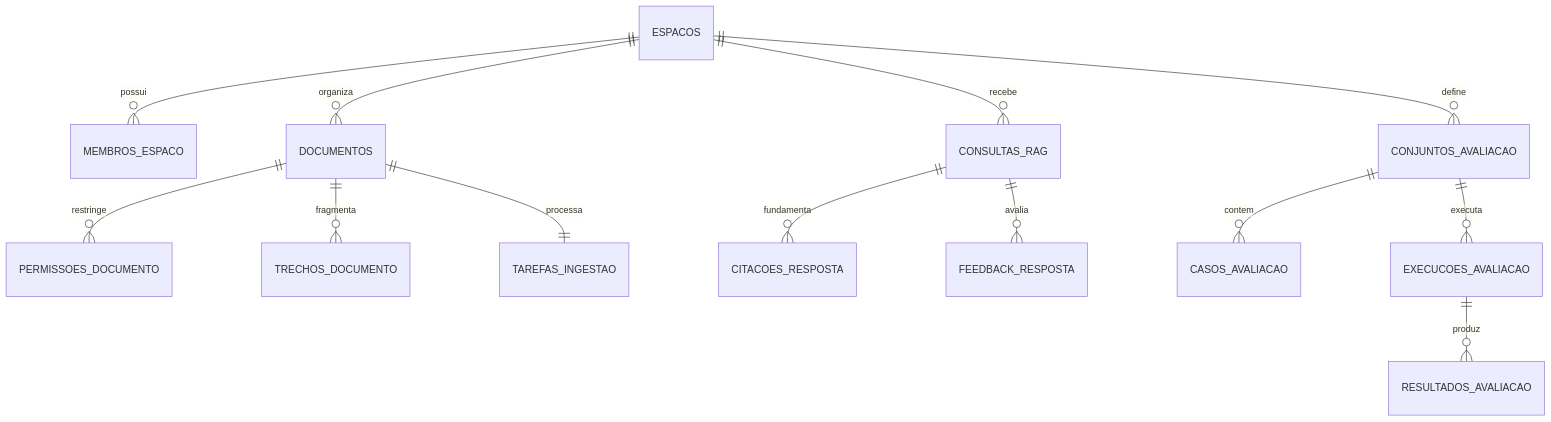
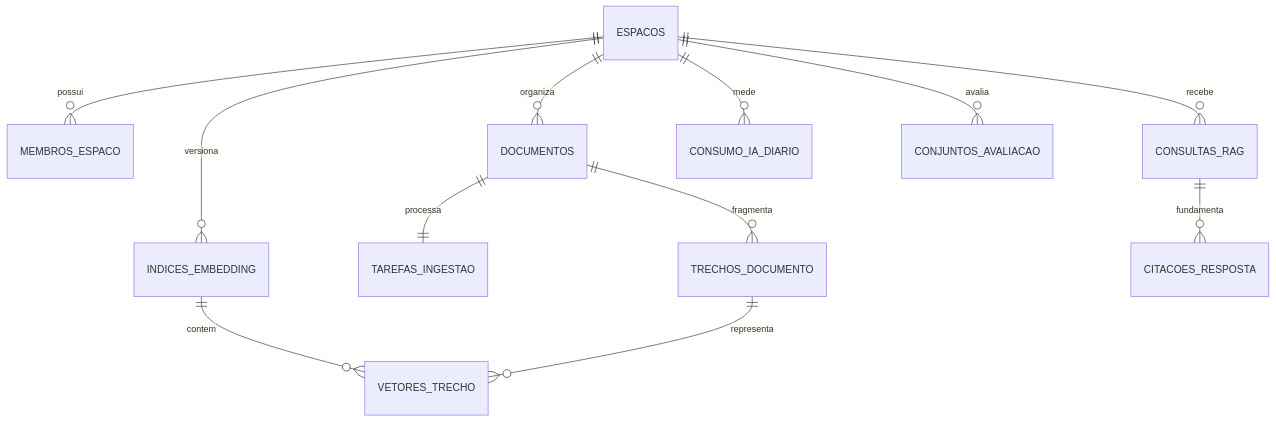
One commit to Mateusmith/assistente-conhecimento changed the second of 3 diagrams in docs/ARCHITECTURE.md. Above: the diagram before and after it, drawn with Mermaid. The commit also changed other lines of this file and 89 other files, not shown here.

````diff
--- a/docs/ARCHITECTURE.md
+++ b/docs/ARCHITECTURE.md
@@ -44,15 +54,14 @@
 ```mermaid
 erDiagram
     ESPACOS ||--o{ MEMBROS_ESPACO : possui
     ESPACOS ||--o{ DOCUMENTOS : organiza
-    DOCUMENTOS ||--o{ PERMISSOES_DOCUMENTO : restringe
     DOCUMENTOS ||--o{ TRECHOS_DOCUMENTO : fragmenta
     DOCUMENTOS ||--|| TAREFAS_INGESTAO : processa
+    ESPACOS ||--o{ INDICES_EMBEDDING : versiona
+    INDICES_EMBEDDING ||--o{ VETORES_TRECHO : contem
+    TRECHOS_DOCUMENTO ||--o{ VETORES_TRECHO : representa
     ESPACOS ||--o{ CONSULTAS_RAG : recebe
     CONSULTAS_RAG ||--o{ CITACOES_RESPOSTA : fundamenta
-    CONSULTAS_RAG ||--o{ FEEDBACK_RESPOSTA : avalia
-    ESPACOS ||--o{ CONJUNTOS_AVALIACAO : define
-    CONJUNTOS_AVALIACAO ||--o{ CASOS_AVALIACAO : contem
-    CONJUNTOS_AVALIACAO ||--o{ EXECUCOES_AVALIACAO : executa
-    EXECUCOES_AVALIACAO ||--o{ RESULTADOS_AVALIACAO : produz
+    ESPACOS ||--o{ CONSUMO_IA_DIARIO : mede
+    ESPACOS ||--o{ CONJUNTOS_AVALIACAO : avalia
 ```
````
